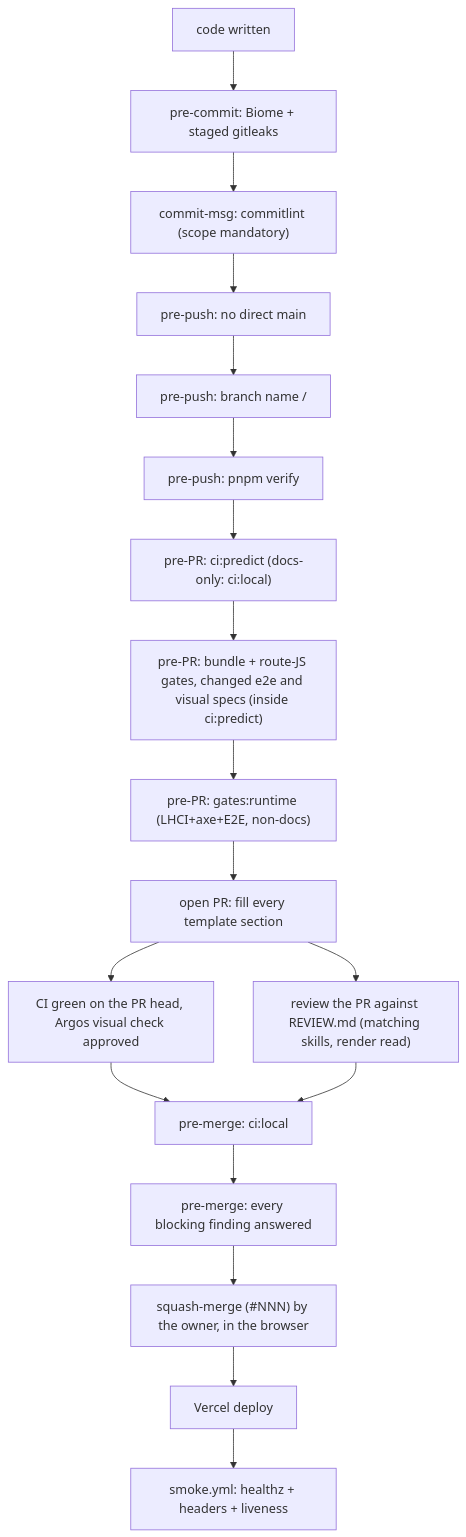
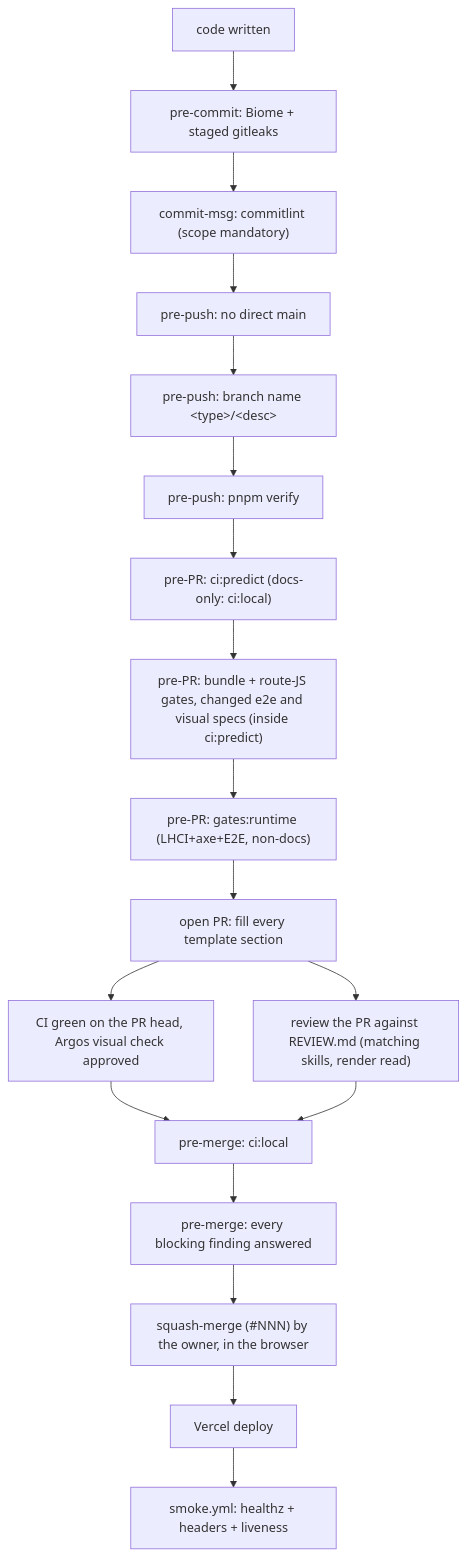
The first of 2 diagrams in docs/handbook/review-merge-release.md (erikunha/portfolio), drawn with Mermaid before and after one commit. The commit also changed 5 other files, not shown here.

````diff
--- a/docs/handbook/review-merge-release.md
+++ b/docs/handbook/review-merge-release.md
@@ -7,20 +7,20 @@
 ```mermaid
 flowchart TD
     write["code written"] --> c1["pre-commit: Biome + staged gitleaks"]
     c1 --> c2["commit-msg: commitlint (scope mandatory)"]
     c2 --> p1["pre-push: no direct main"]
-    p1 --> p2["pre-push: branch name <type>/<desc>"]
+    p1 --> p2["pre-push: branch name #lt;type#gt;/#lt;desc#gt;"]
     p2 --> p5["pre-push: pnpm verify"]
     p5 --> r1["pre-PR: ci:predict (docs-only: ci:local)"]
     r1 --> r2["pre-PR: bundle + route-JS gates, changed e2e and visual specs (inside ci:predict)"]
     r2 --> r4["pre-PR: gates:runtime (LHCI+axe+E2E, non-docs)"]
     r4 --> o1["open PR: fill every template section"]
     o1 --> o1b["CI green on the PR head, Argos visual check approved"]
     o1 --> o2["review the PR against REVIEW.md (matching skills, render read)"]
     o1b --> m1["pre-merge: ci:local"]
     o2 --> m1
     m1 --> m4["pre-merge: every blocking finding answered"]
     m4 --> merge["squash-merge (#NNN) by the owner, in the browser"]
     merge --> deploy["Vercel deploy"]
     deploy --> smoke["smoke.yml: healthz + headers + liveness"]
 ```
````
